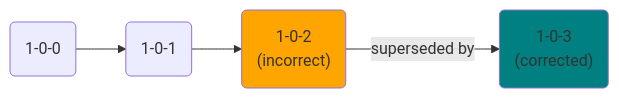
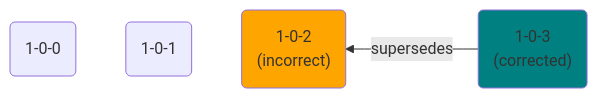
One commit to snowplow/documentation changed the fourth of 11 diagrams in docs/understanding-tracking-design/versioning-your-data-structures/amending/index.md. Above: the diagram before and after it, drawn with Mermaid. The commit also changed other lines of this file, not shown here.

````diff
--- a/docs/understanding-tracking-design/versioning-your-data-structures/amending/index.md
+++ b/docs/understanding-tracking-design/versioning-your-data-structures/amending/index.md
@@ -81,7 +85,8 @@
 ```mermaid
-flowchart LR
+flowchart RL
   style v102 fill:orange
   style v103 fill:teal
-  v100("1-0-0") --> v101("1-0-1") --> v102("1-0-2\n(incorrect)")
-  v102 -- "superseded by" --> v103("1-0-3\n(corrected)")
+  v102("1-0-2\n(incorrect)") --- v101("1-0-1") --- v100("1-0-0")
+  v103("1-0-3\n(corrected)") -->|supersedes| v102
+  linkStyle 0,1 stroke:none,fill:none
 ```
````
